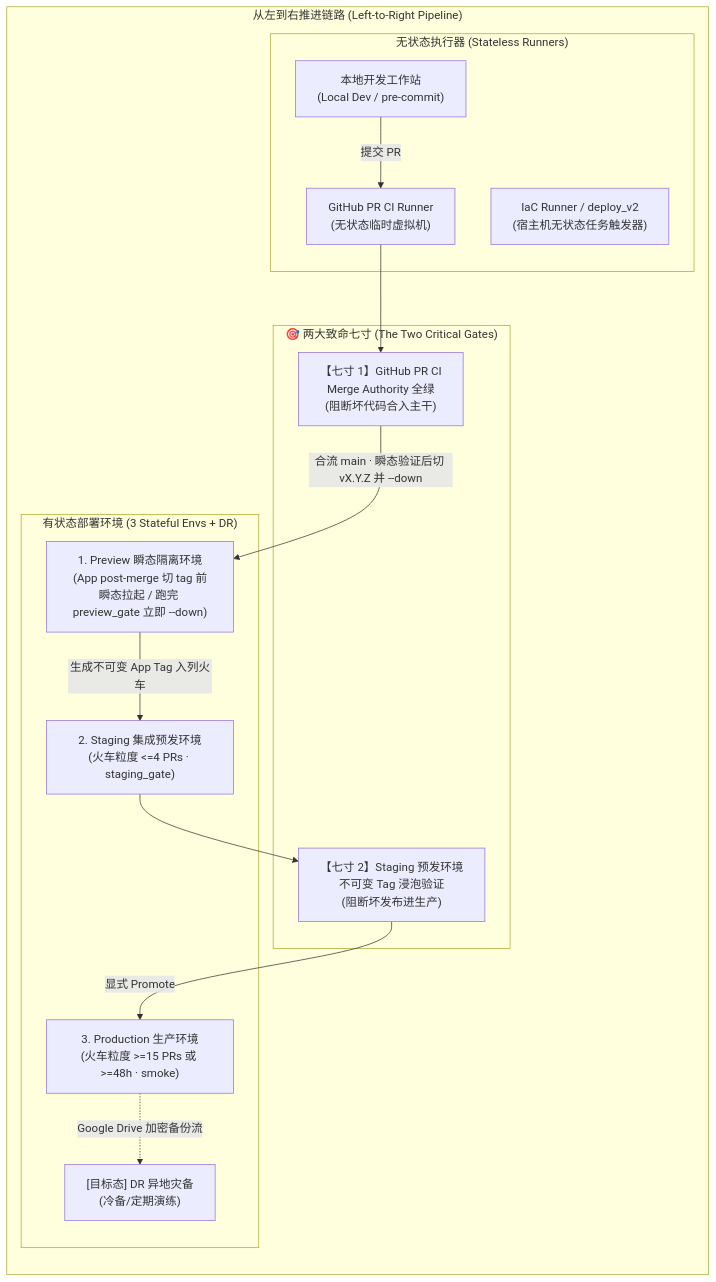
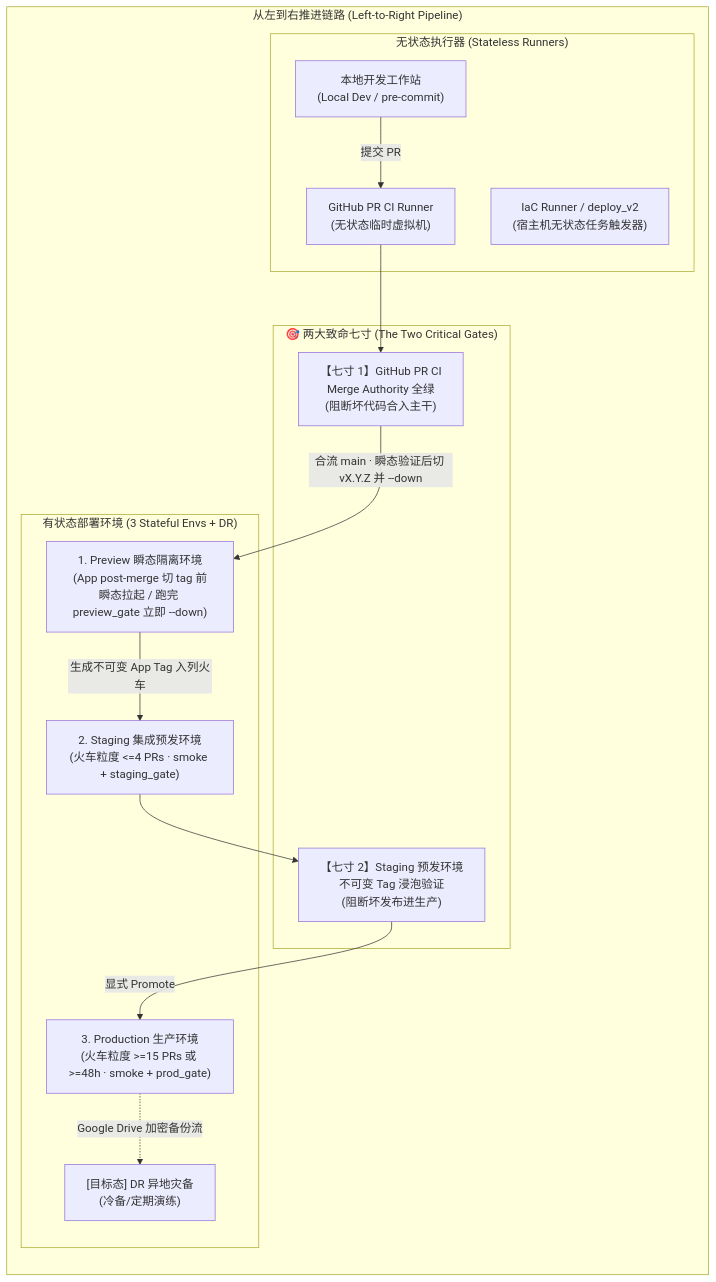
The diagram in docs/ssot/core.environments.md (wangzitian0/infra2), drawn with Mermaid before and after one commit. The commit also changed 14 other files, not shown here.

````diff
--- a/docs/ssot/core.environments.md
+++ b/docs/ssot/core.environments.md
@@ -27,30 +27,30 @@
 ```mermaid
 flowchart LR
     subgraph L2R["从左到右推进链路 (Left-to-Right Pipeline)"]
         subgraph Runners["无状态执行器 (Stateless Runners)"]
             DevStation["本地开发工作站<br/>(Local Dev / pre-commit)"]
             GHARunner["GitHub PR CI Runner<br/>(无状态临时虚拟机)"]
             IaCRunner["IaC Runner / deploy_v2<br/>(宿主机无状态任务触发器)"]
         end
 
         subgraph ChokePoints["🎯 两大致命七寸 (The Two Critical Gates)"]
             Gate1["【七寸 1】GitHub PR CI<br/>Merge Authority 全绿<br/>(阻断坏代码合入主干)"]
             Gate2["【七寸 2】Staging 预发环境<br/>不可变 Tag 浸泡验证<br/>(阻断坏发布进生产)"]
         end
 
         subgraph DeployEnvs["有状态部署环境 (3 Stateful Envs + DR)"]
             Preview["1. Preview 瞬态隔离环境<br/>(App post-merge 切 tag 前瞬态拉起 / 跑完 preview_gate 立即 --down)"]
-            Staging["2. Staging 集成预发环境<br/>(火车粒度 <=4 PRs · staging_gate)"]
-            Production["3. Production 生产环境<br/>(火车粒度 >=15 PRs 或 >=48h · smoke)"]
+            Staging["2. Staging 集成预发环境<br/>(火车粒度 <=4 PRs · smoke + staging_gate)"]
+            Production["3. Production 生产环境<br/>(火车粒度 >=15 PRs 或 >=48h · smoke + prod_gate)"]
             DR["[目标态] DR 异地灾备<br/>(冷备/定期演练)"]
         end
     end
 
     DevStation -->|提交 PR| GHARunner
     GHARunner --> Gate1
     Gate1 -->|合流 main · 瞬态验证后切 vX.Y.Z 并 --down| Preview
     Preview -->|生成不可变 App Tag 入列火车| Staging
     Staging --> Gate2
     Gate2 -->|显式 Promote| Production
     Production -.->|Google Drive 加密备份流| DR
 ```
````
